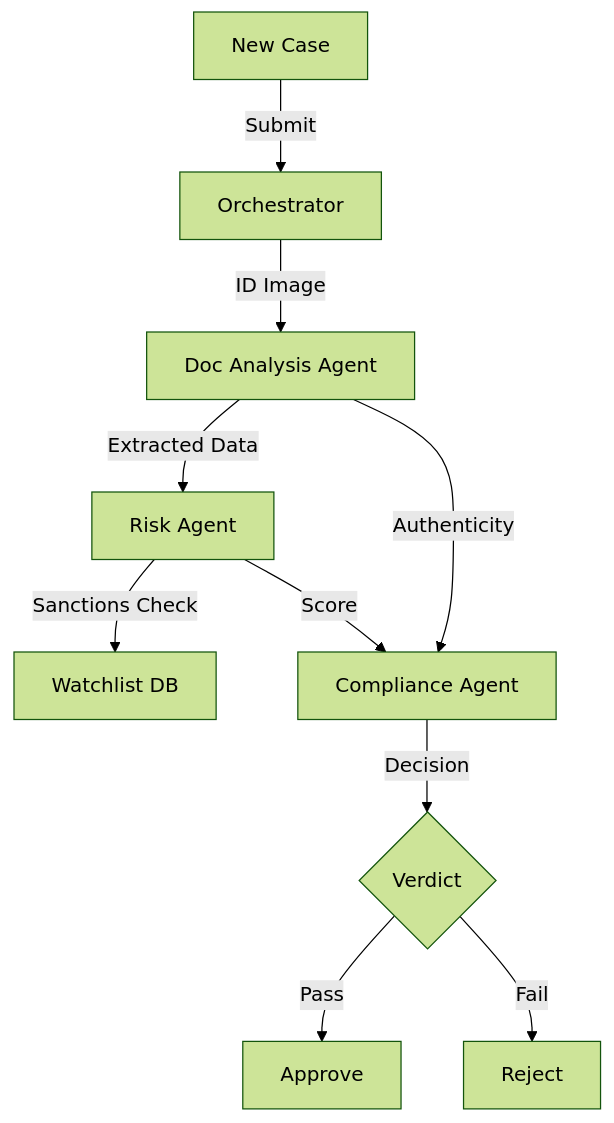
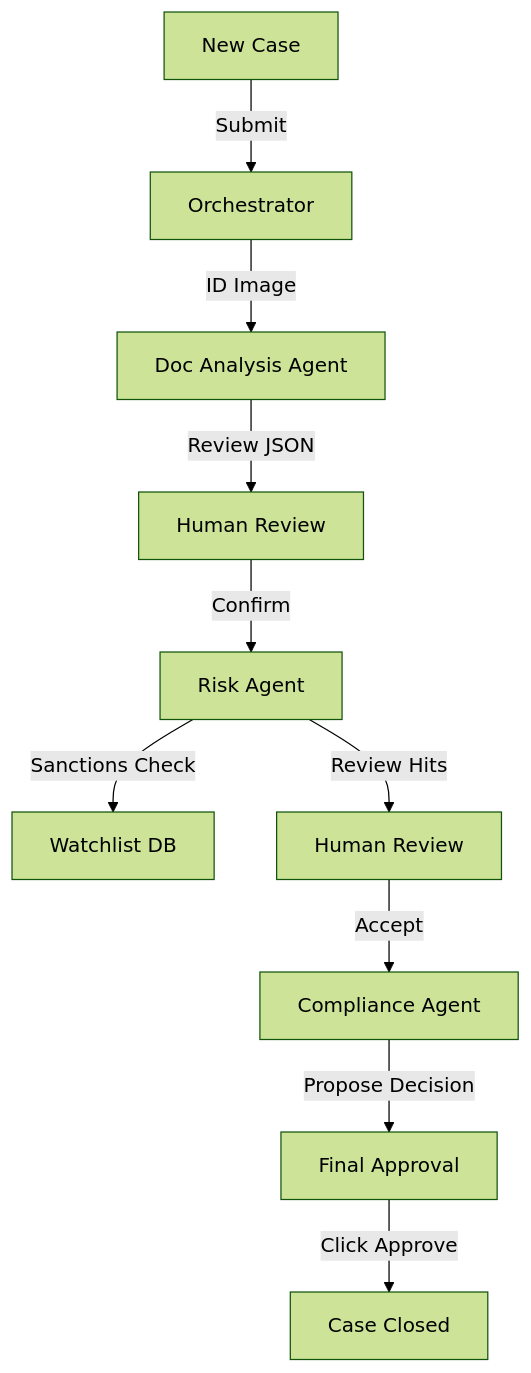
Before and after one commit to dhirajtripathi/trisarai: the diagram in agentic_kyc_platform/HOW_TO_USE.md, drawn with Mermaid (forest theme). The commit also changed other lines of this file and 13 other files, not shown here.

````diff
--- a/agentic_kyc_platform/HOW_TO_USE.md
+++ b/agentic_kyc_platform/HOW_TO_USE.md
@@ -13,16 +13,16 @@
 ```mermaid
 graph TD
     User[New Case] -->|Submit| Orch[Orchestrator]
     
     Orch -->|ID Image| Doc[Doc Analysis Agent]
-    Doc -->|Extracted Data| Risk[Risk Agent]
+    Doc -->|Review JSON| Human1[Human Review]
+    Human1 -->|Confirm| Risk[Risk Agent]
     
     Risk -->|Sanctions Check| Watch[Watchlist DB]
+    Risk -->|Review Hits| Human2[Human Review]
     
-    Risk -->|Score| Comp[Compliance Agent]
-    Doc -->|Authenticity| Comp
+    Human2 -->|Accept| Comp[Compliance Agent]
+    Comp -->|Propose Decision| Human3[Final Approval]
     
-    Comp -->|Decision| Final{Verdict}
-    Final -->|Pass| Green[Approve]
-    Final -->|Fail| Red[Reject]
+    Human3 -->|Click Approve| Green[Case Closed]
 ```
````
